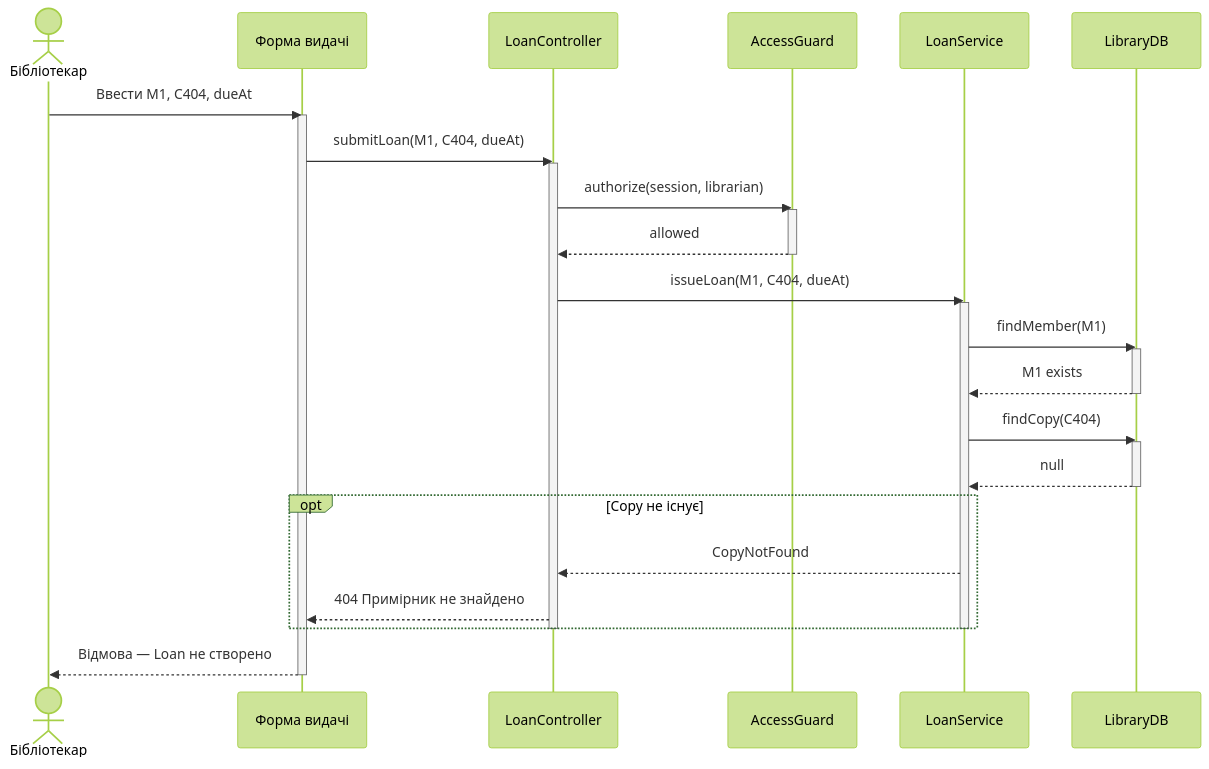
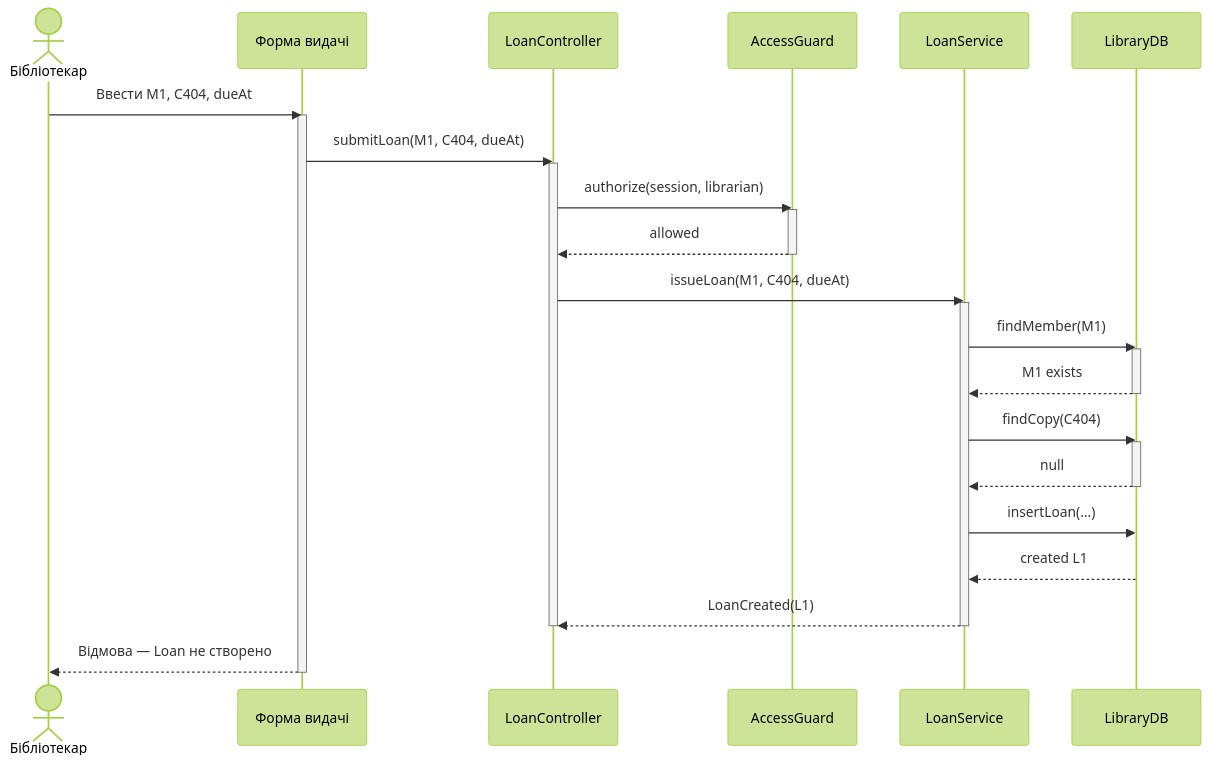
One commit to Alex9011/KPI2-Lab3 changed the diagram in sequence/S-06-copy-missing.mmd. Above: the diagram before and after it, drawn with Mermaid (forest theme). The commit also changed 1 other file, not shown here.

```diff
--- a/sequence/S-06-copy-missing.mmd
+++ b/sequence/S-06-copy-missing.mmd
@@ -1,34 +1,33 @@
 sequenceDiagram
     %% title: S-06 — Примірника не знайдено
     actor B as Бібліотекар
     participant UI as Форма видачі
     participant C as LoanController
     participant A as AccessGuard
     participant S as LoanService
     participant D as LibraryDB
     B->>UI: Ввести M1, C404, dueAt
     activate UI
     UI->>C: submitLoan(M1, C404, dueAt)
     activate C
     C->>A: authorize(session, librarian)
     activate A
     A-->>C: allowed
     deactivate A
     C->>S: issueLoan(M1, C404, dueAt)
     activate S
     S->>D: findMember(M1)
     activate D
     D-->>S: M1 exists
     deactivate D
     S->>D: findCopy(C404)
     activate D
     D-->>S: null
     deactivate D
-    opt Copy не існує
-        S-->>C: CopyNotFound
-        C-->>UI: 404 Примірник не знайдено
-    end
+    S->>D: insertLoan(...)
+    D-->>S: created L1
+    S-->>C: LoanCreated(L1)
     deactivate S
     deactivate C
     UI-->>B: Відмова — Loan не створено
     deactivate UI
```
